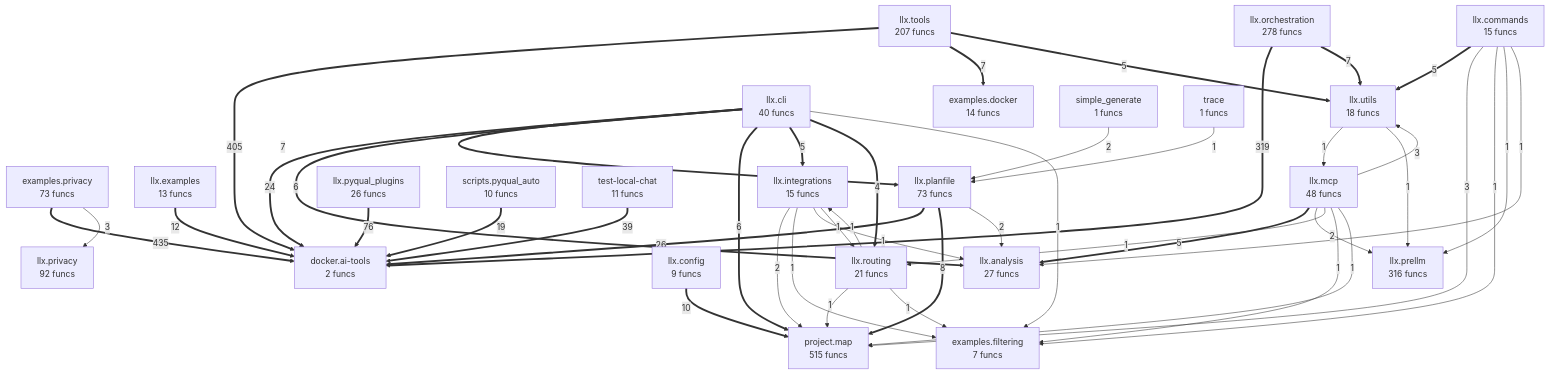
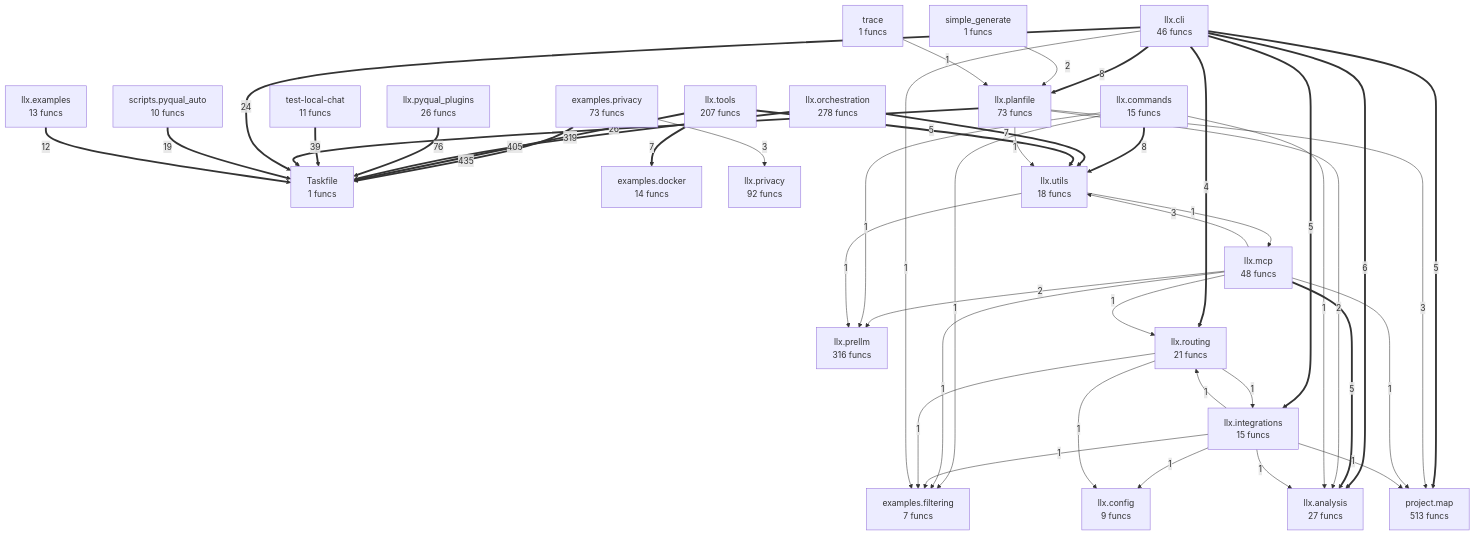
The diagram in project/compact_flow.mmd (semcod/llx), drawn with Mermaid before and after one commit. The commit also changed 31 other files, not shown here.

```diff
--- a/project/compact_flow.mmd
+++ b/project/compact_flow.mmd
@@ -1,69 +1,69 @@
 flowchart TD
-    docker__ai_tools["docker.ai-tools<br/>2 funcs"]
+    Taskfile["Taskfile<br/>1 funcs"]
     examples__docker["examples.docker<br/>14 funcs"]
     examples__filtering["examples.filtering<br/>7 funcs"]
     examples__privacy["examples.privacy<br/>73 funcs"]
     llx__analysis["llx.analysis<br/>27 funcs"]
-    llx__cli["llx.cli<br/>40 funcs"]
+    llx__cli["llx.cli<br/>46 funcs"]
     llx__commands["llx.commands<br/>15 funcs"]
     llx__config["llx.config<br/>9 funcs"]
     llx__examples["llx.examples<br/>13 funcs"]
     llx__integrations["llx.integrations<br/>15 funcs"]
     llx__mcp["llx.mcp<br/>48 funcs"]
     llx__orchestration["llx.orchestration<br/>278 funcs"]
     llx__planfile["llx.planfile<br/>73 funcs"]
     llx__prellm["llx.prellm<br/>316 funcs"]
     llx__privacy["llx.privacy<br/>92 funcs"]
     llx__pyqual_plugins["llx.pyqual_plugins<br/>26 funcs"]
     llx__routing["llx.routing<br/>21 funcs"]
     llx__tools["llx.tools<br/>207 funcs"]
     llx__utils["llx.utils<br/>18 funcs"]
-    project__map["project.map<br/>515 funcs"]
+    project__map["project.map<br/>513 funcs"]
     scripts__pyqual_auto["scripts.pyqual_auto<br/>10 funcs"]
     simple_generate["simple_generate<br/>1 funcs"]
     test_local_chat["test-local-chat<br/>11 funcs"]
     trace["trace<br/>1 funcs"]
-    examples__privacy ==>|435| docker__ai_tools
-    llx__tools ==>|405| docker__ai_tools
-    llx__orchestration ==>|319| docker__ai_tools
-    llx__pyqual_plugins ==>|76| docker__ai_tools
-    test_local_chat ==>|39| docker__ai_tools
-    llx__planfile ==>|26| docker__ai_tools
-    llx__cli ==>|24| docker__ai_tools
-    scripts__pyqual_auto ==>|19| docker__ai_tools
-    llx__examples ==>|12| docker__ai_tools
-    llx__config ==>|10| project__map
-    llx__planfile ==>|8| project__map
+    examples__privacy ==>|435| Taskfile
+    llx__tools ==>|405| Taskfile
+    llx__orchestration ==>|319| Taskfile
+    llx__pyqual_plugins ==>|76| Taskfile
+    test_local_chat ==>|39| Taskfile
+    llx__planfile ==>|26| Taskfile
+    llx__cli ==>|24| Taskfile
+    scripts__pyqual_auto ==>|19| Taskfile
+    llx__examples ==>|12| Taskfile
+    llx__commands ==>|8| llx__utils
+    llx__cli ==>|8| llx__planfile
     llx__tools ==>|7| examples__docker
-    llx__cli ==>|7| llx__planfile
     llx__orchestration ==>|7| llx__utils
     llx__cli ==>|6| llx__analysis
-    llx__cli ==>|6| project__map
-    llx__commands ==>|5| llx__utils
     llx__tools ==>|5| llx__utils
+    llx__cli ==>|5| project__map
     llx__mcp ==>|5| llx__analysis
     llx__cli ==>|5| llx__integrations
     llx__cli ==>|4| llx__routing
     examples__privacy -->|3| llx__privacy
-    llx__commands -->|3| project__map
+    llx__planfile -->|3| project__map
     llx__mcp -->|3| llx__utils
     simple_generate -->|2| llx__planfile
     llx__planfile -->|2| llx__analysis
-    llx__integrations -->|2| project__map
     llx__mcp -->|2| llx__prellm
     trace -->|1| llx__planfile
     llx__commands -->|1| examples__filtering
     llx__commands -->|1| llx__prellm
     llx__commands -->|1| llx__analysis
     llx__utils -->|1| llx__mcp
     llx__utils -->|1| llx__prellm
+    llx__mcp -->|1| llx__routing
+    llx__mcp -->|1| examples__filtering
+    llx__mcp -->|1| project__map
+    llx__integrations -->|1| llx__config
     llx__integrations -->|1| examples__filtering
     llx__integrations -->|1| llx__analysis
     llx__integrations -->|1| llx__routing
-    llx__routing -->|1| project__map
+    llx__integrations -->|1| project__map
+    llx__routing -->|1| llx__config
     llx__routing -->|1| examples__filtering
     llx__routing -->|1| llx__integrations
-    llx__mcp -->|1| llx__routing
-    llx__mcp -->|1| examples__filtering
-    llx__mcp -->|1| project__map
+    llx__planfile -->|1| llx__utils
     llx__cli -->|1| examples__filtering
```
